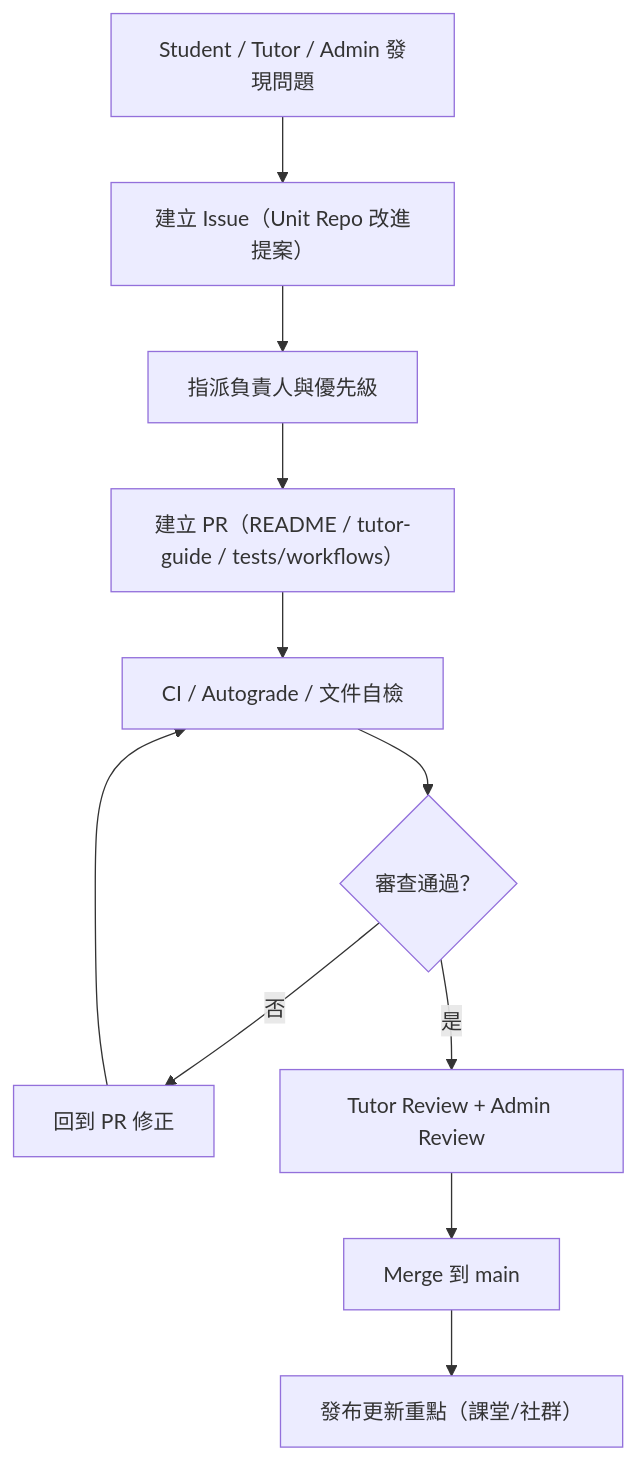
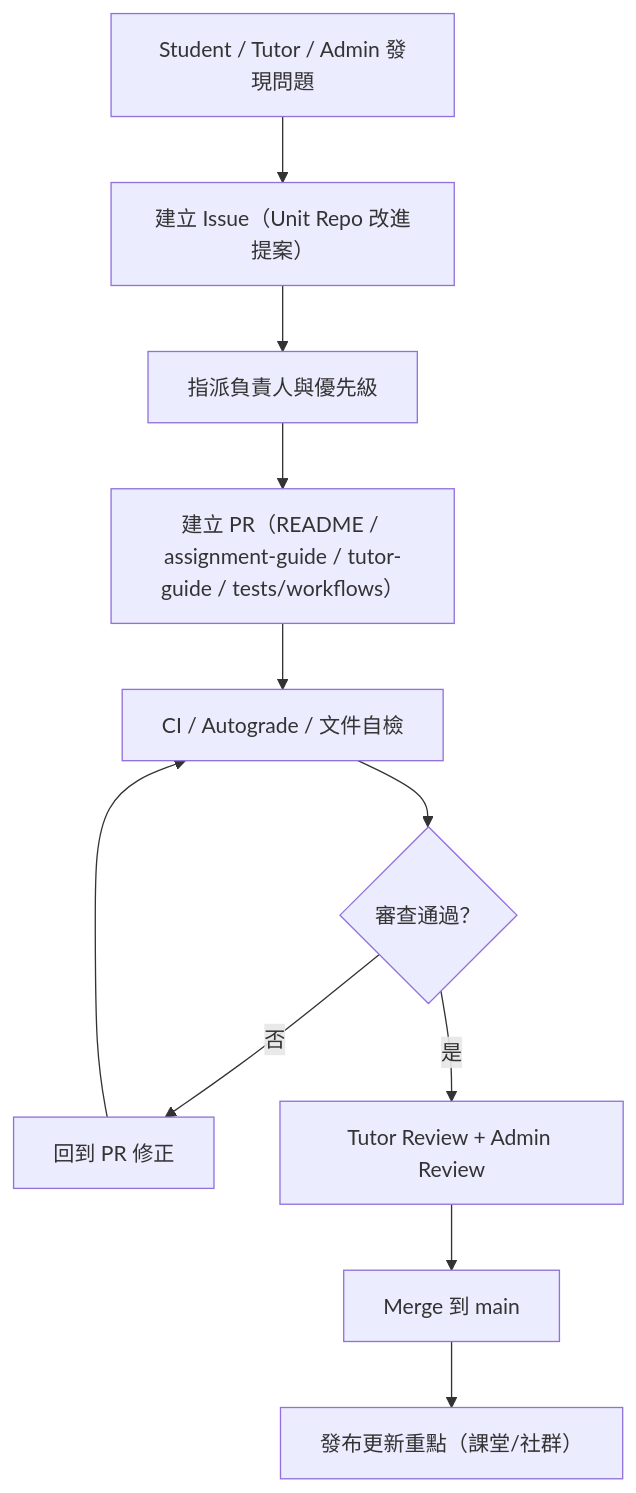
One commit to vibe-coding-tw/e-learning changed the first of 2 diagrams in docs/unit-repo-collaboration-workflow.md. Above: the diagram before and after it, drawn with Mermaid. The commit also changed other lines of this file and 37 other files, not shown here.

````diff
--- a/docs/unit-repo-collaboration-workflow.md
+++ b/docs/unit-repo-collaboration-workflow.md
@@ -29,13 +29,13 @@
 ```mermaid
 flowchart TD
     A["Student / Tutor / Admin 發現問題"] --> B["建立 Issue（Unit Repo 改進提案）"]
     B --> C["指派負責人與優先級"]
-    C --> D["建立 PR（README / tutor-guide / tests/workflows）"]
+    C --> D["建立 PR（README / assignment-guide / tutor-guide / tests/workflows）"]
     D --> E["CI / Autograde / 文件自檢"]
     E --> F{"審查通過？"}
     F -- "否" --> G["回到 PR 修正"]
     G --> E
     F -- "是" --> H["Tutor Review + Admin Review"]
     H --> I["Merge 到 main"]
     I --> J["發布更新重點（課堂/社群）"]
 ```
````
